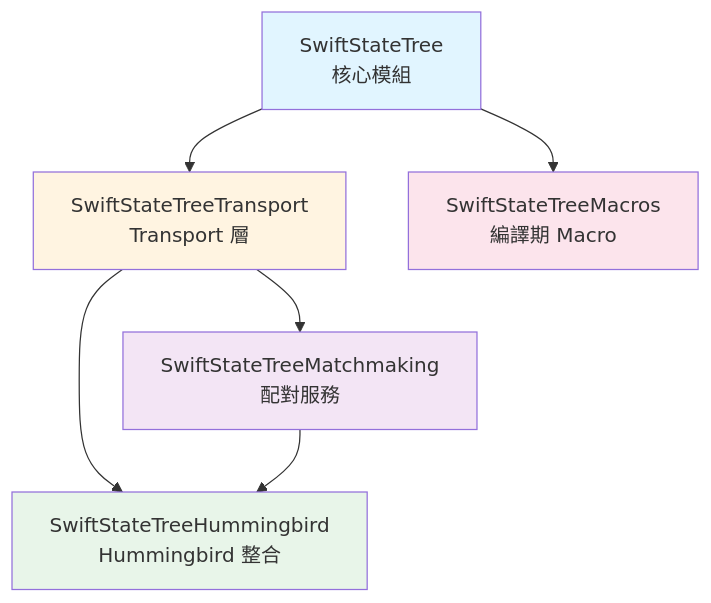
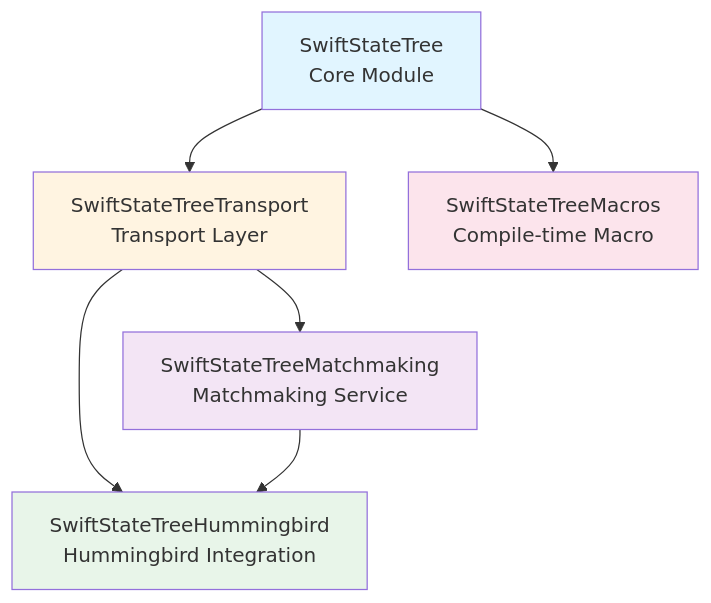
Before and after one commit to gmliao/swift-state-tree: the first of 5 diagrams in docs/overview.md, drawn with Mermaid. The commit also changed other lines of this file and 61 other files, not shown here.

````diff
--- a/docs/overview.md
+++ b/docs/overview.md
@@ -21,20 +23,20 @@
 ```mermaid
 graph TD
-    Core[SwiftStateTree<br/>核心模組]
-    Transport[SwiftStateTreeTransport<br/>Transport 層]
-    Matchmaking[SwiftStateTreeMatchmaking<br/>配對服務]
-    Hummingbird[SwiftStateTreeHummingbird<br/>Hummingbird 整合]
-    Macros[SwiftStateTreeMacros<br/>編譯期 Macro]
+    Core[SwiftStateTree<br/>Core Module]
+    Transport[SwiftStateTreeTransport<br/>Transport Layer]
+    Matchmaking[SwiftStateTreeMatchmaking<br/>Matchmaking Service]
+    Hummingbird[SwiftStateTreeHummingbird<br/>Hummingbird Integration]
+    Macros[SwiftStateTreeMacros<br/>Compile-time Macro]
     
     Core --> Transport
     Core --> Macros
     Transport --> Matchmaking
     Transport --> Hummingbird
     Matchmaking --> Hummingbird
     
     style Core fill:#e1f5ff
     style Transport fill:#fff4e1
     style Hummingbird fill:#e8f5e9
     style Matchmaking fill:#f3e5f5
     style Macros fill:#fce4ec
 ```
````
